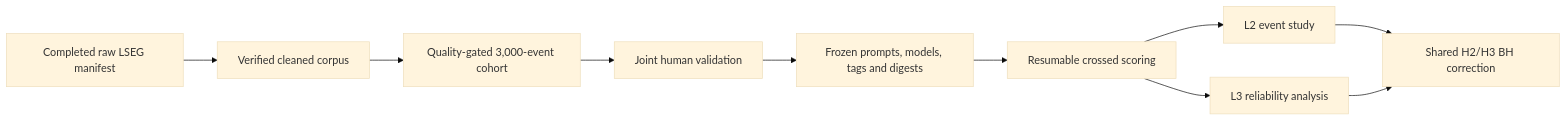
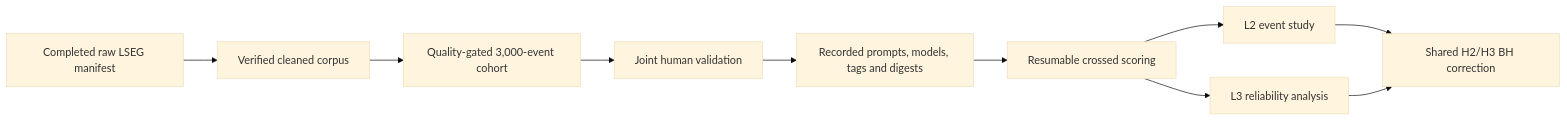
Before and after one commit to PeterLP123/Sentiment_Dissertation: the diagram in docs/lseg_analysis_workflow.md, drawn with Mermaid (base theme). The commit also changed other lines of this file and 12 other files, not shown here.

````diff
--- a/docs/lseg_analysis_workflow.md
+++ b/docs/lseg_analysis_workflow.md
@@ -11,12 +13,12 @@
 ```mermaid
 flowchart LR
     R["Completed raw LSEG manifest"] --> C["Verified cleaned corpus"]
     C --> Q["Quality-gated 3,000-event cohort"]
     Q --> V["Joint human validation"]
-    V --> F["Frozen prompts, models, tags and digests"]
+    V --> F["Recorded prompts, models, tags and digests"]
     F --> S["Resumable crossed scoring"]
     S --> L2["L2 event study"]
     S --> L3["L3 reliability analysis"]
     L2 --> BH["Shared H2/H3 BH correction"]
     L3 --> BH
 ```
````
